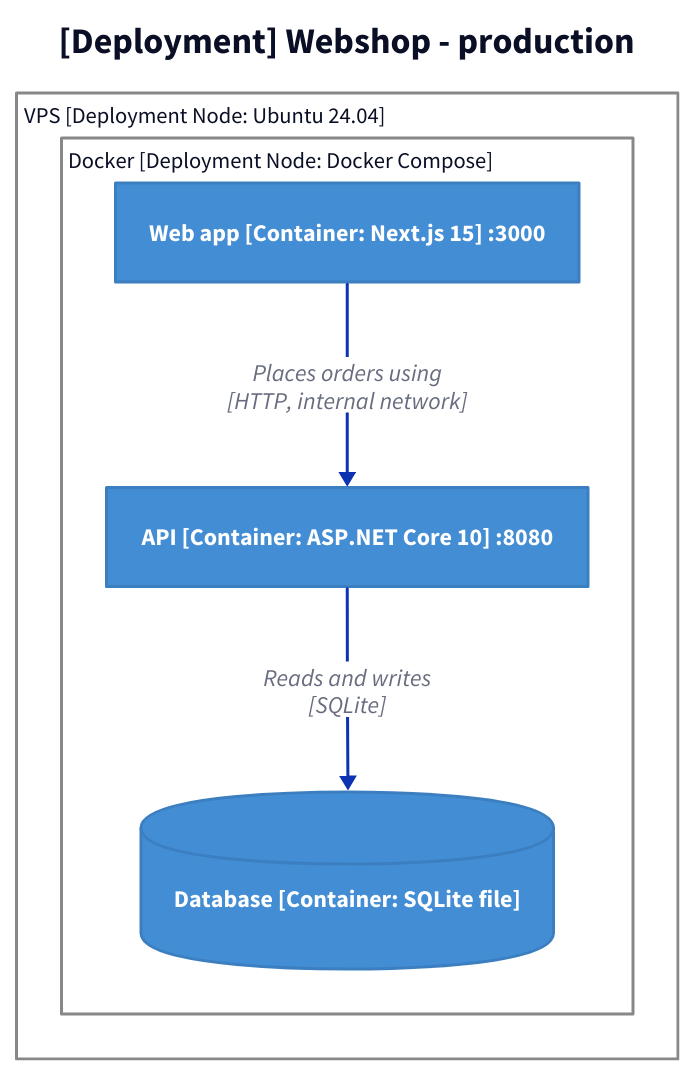
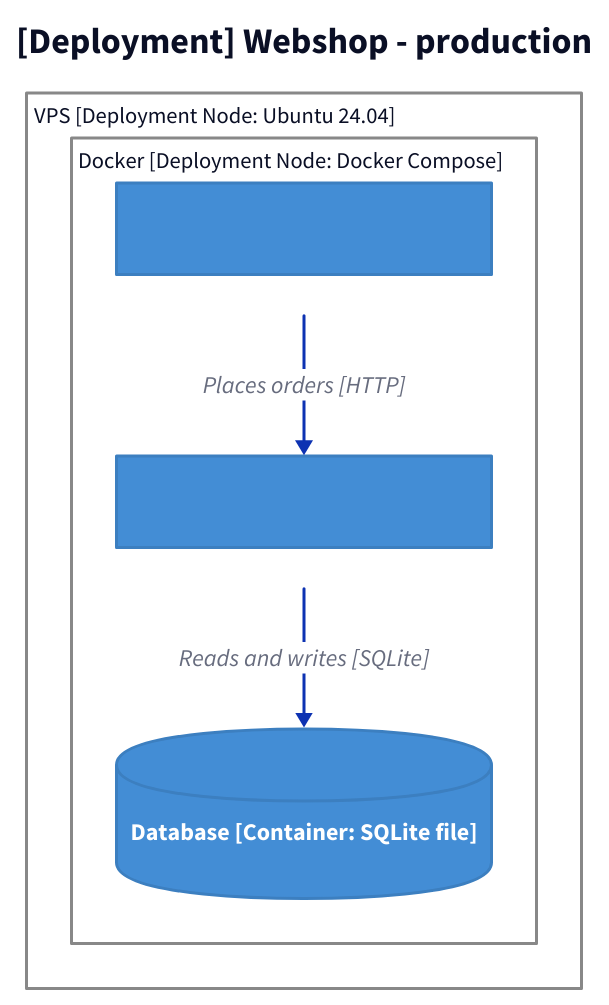
The fourth of 5 diagrams in skill/explaining-code/reference/c4-model.md (ATkingma/KingmaDoc), drawn with D2 before and after one commit. The commit also changed other lines of this file and 21 other files, not shown here.

````diff
--- a/skill/explaining-code/reference/c4-model.md
+++ b/skill/explaining-code/reference/c4-model.md
@@ -260,30 +248,30 @@
 ```d2
 classes: {
-  container: {shape: rectangle; style: {fill: "#438dd5"; stroke: "#3c7fc0"; font-color: "#ffffff"}}
-  database: {shape: cylinder; style: {fill: "#438dd5"; stroke: "#3c7fc0"; font-color: "#ffffff"}}
+  container: {shape: rectangle; style: {fill: "#438dd5"; stroke: "#3c7fc0"; font-color: "#ffffff"}; width: 250}
+  database: {shape: cylinder; style: {fill: "#438dd5"; stroke: "#3c7fc0"; font-color: "#ffffff"}; width: 250}
   node: {label.near: top-left; style: {fill: transparent; stroke: "#888888"; font-size: 15}}
 }
 title: "[Deployment] Webshop - production" {shape: text; near: top-center; style: {font-size: 24; bold: true}}
 direction: down
 vars: {
   d2-legend: {
     n: Deployment node {class: node}
     c: Container instance {class: container}
     d: Container instance: data store {class: database}
     a: "" {style.opacity: 0}
     b: "" {style.opacity: 0}
     a -> b: Relationship
   }
 }
 server: "VPS [Deployment Node: Ubuntu 24.04]" {
   class: node
   docker: "Docker [Deployment Node: Docker Compose]" {
     class: node
     web: "Web app [Container: Next.js 15] :3000" {class: container}
     api: "API [Container: ASP.NET Core 10] :8080" {class: container}
     db: "Database [Container: SQLite file]" {class: database}
   }
 }
-server.docker.web -> server.docker.api: "Places orders using\n[HTTP, internal network]"
-server.docker.api -> server.docker.db: "Reads and writes\n[SQLite]"
+server.docker.web -> server.docker.api: "Places orders [HTTP]"
+server.docker.api -> server.docker.db: "Reads and writes [SQLite]"
 ```
````
